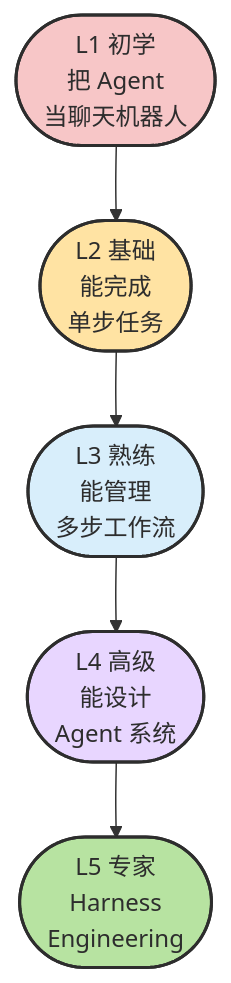
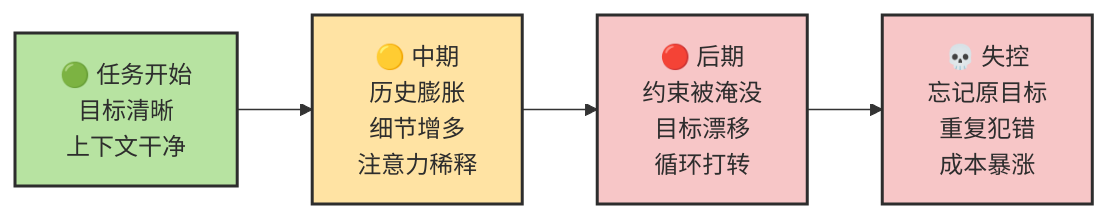
One commit to zht043/AgenticCodingTutorial changed the fifth of 10 diagrams in docs/chapters/ch11-memory-context-harness.md. Above: the diagram before and after it, drawn with Mermaid. The commit also changed other lines of this file and 23 other files, not shown here.

````diff
--- a/docs/chapters/ch11-memory-context-harness.md
+++ b/docs/chapters/ch11-memory-context-harness.md
@@ -505,16 +197,8 @@
 ```mermaid
-flowchart TD
-    classDef l1 fill:#f7c6c7,stroke:#2d2d2d,stroke-width:2px,color:#2d2d2d
-    classDef l2 fill:#ffe3a3,stroke:#2d2d2d,stroke-width:2px,color:#2d2d2d
-    classDef l3 fill:#d8eefb,stroke:#2d2d2d,stroke-width:2px,color:#2d2d2d
-    classDef l4 fill:#e8d6ff,stroke:#2d2d2d,stroke-width:2px,color:#2d2d2d
-    classDef l5 fill:#b7e3a1,stroke:#2d2d2d,stroke-width:2px,color:#2d2d2d
+flowchart LR
+    classDef good fill:#b7e3a1,stroke:#2d2d2d,stroke-width:2px,color:#2d2d2d
+    classDef mid fill:#ffe3a3,stroke:#2d2d2d,stroke-width:2px,color:#2d2d2d
+    classDef bad fill:#f7c6c7,stroke:#2d2d2d,stroke-width:2px,color:#2d2d2d
 
-    L1(["L1 初学<br/>把 Agent<br/>当聊天机器人"]):::l1
-    L2(["L2 基础<br/>能完成<br/>单步任务"]):::l2
-    L3(["L3 熟练<br/>能管理<br/>多步工作流"]):::l3
-    L4(["L4 高级<br/>能设计<br/>Agent 系统"]):::l4
-    L5(["L5 专家<br/>Harness<br/>Engineering"]):::l5
-
-    L1 --> L2 --> L3 --> L4 --> L5
+    Start["🟢 任务开始<br/>目标清晰<br/>上下文干净"]:::good --> Mid["🟡 中期<br/>历史膨胀<br/>细节增多<br/>注意力稀释"]:::mid --> Late["🔴 后期<br/>约束被淹没<br/>目标漂移<br/>循环打转"]:::bad --> Fail["💀 失控<br/>忘记原目标<br/>重复犯错<br/>成本暴涨"]:::bad
 ```
````
